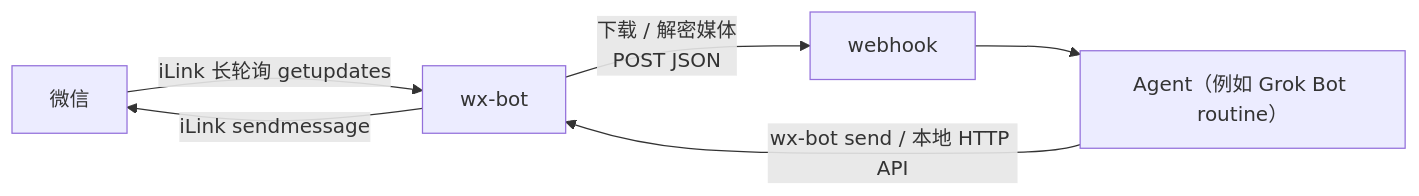
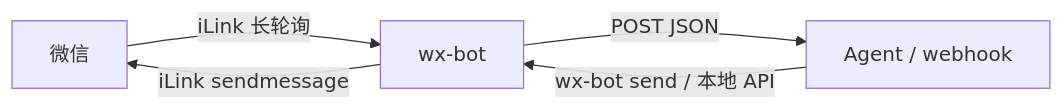
One commit to Chami537/wx-bot changed the diagram in README.md. Above: the diagram before and after it, drawn with Mermaid. The commit also changed other lines of this file, not shown here.

````diff
--- a/README.md
+++ b/README.md
@@ -71,8 +37,7 @@
 ```mermaid
 flowchart LR
-  WeChat["微信"] -->|"iLink 长轮询 getupdates"| WxBot["wx-bot"]
-  WxBot -->|"下载 / 解密媒体<br/>POST JSON"| Hook["webhook"]
-  Hook --> Agent["Agent（例如 Grok Bot routine）"]
-  Agent -->|"wx-bot send / 本地 HTTP API"| WxBot
+  WeChat["微信"] -->|"iLink 长轮询"| WxBot["wx-bot"]
+  WxBot -->|"POST JSON"| Agent["Agent / webhook"]
+  Agent -->|"wx-bot send / 本地 API"| WxBot
   WxBot -->|"iLink sendmessage"| WeChat
 ```
````
